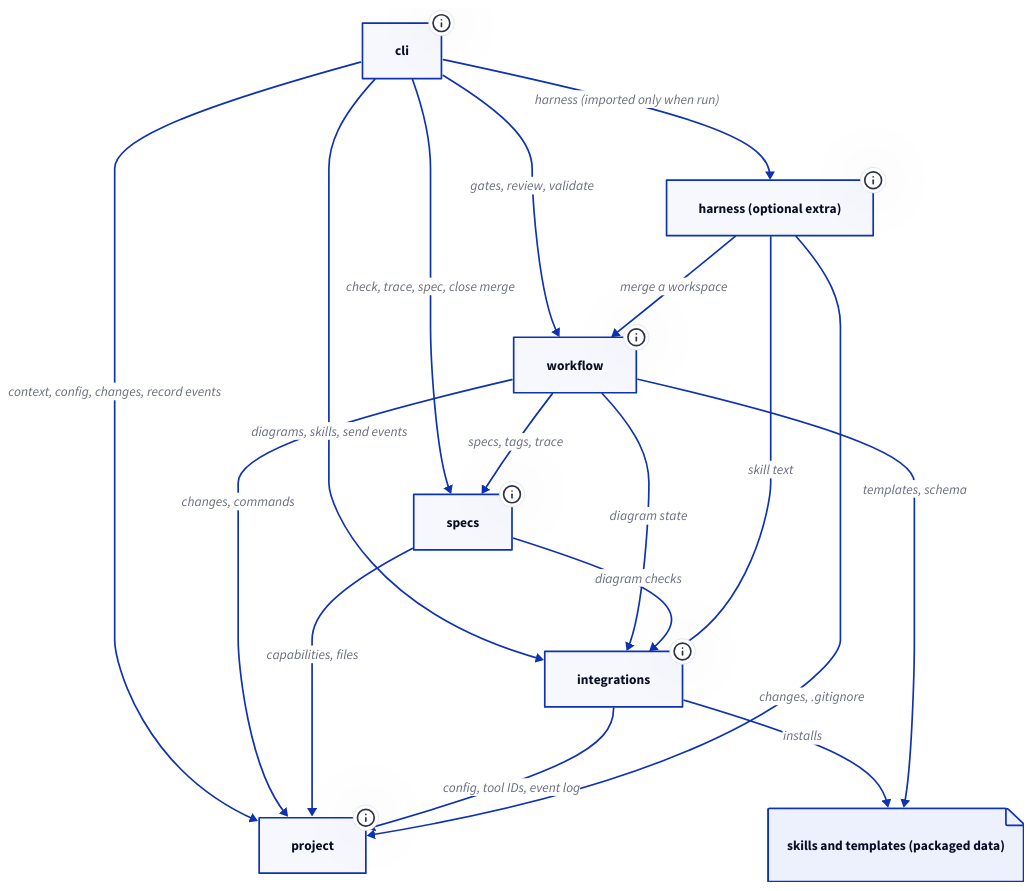
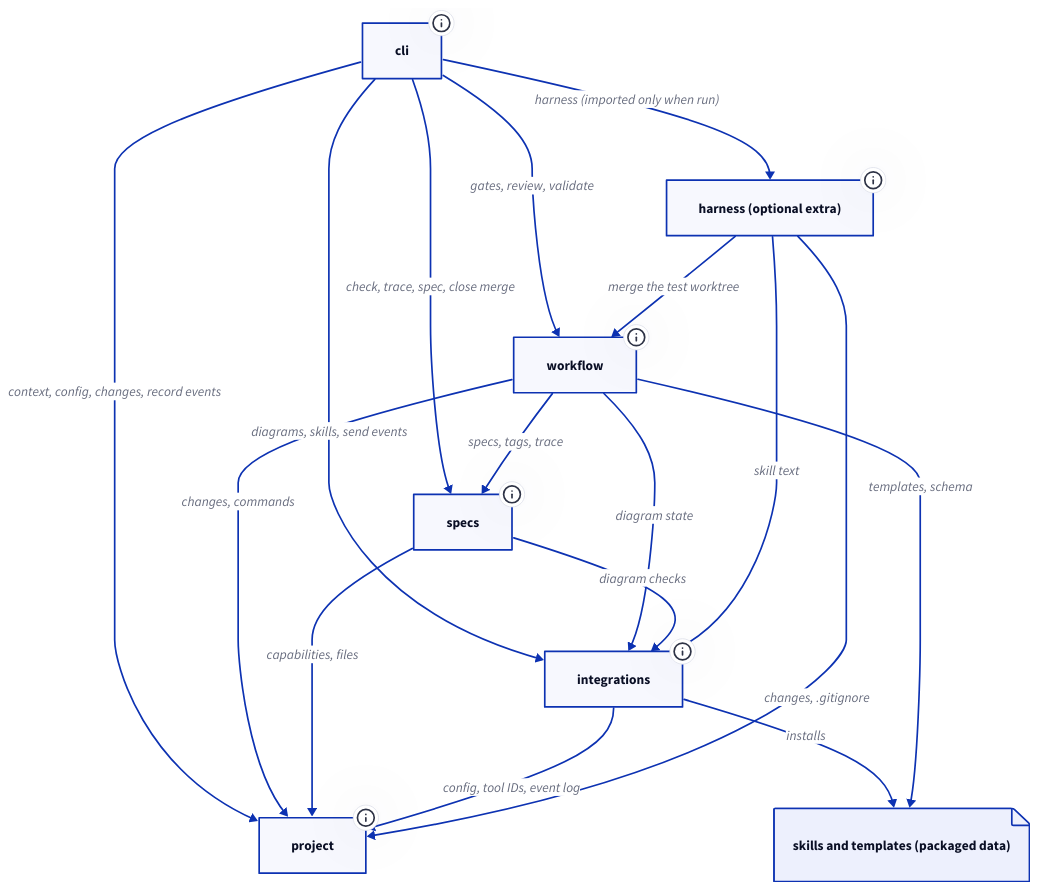
One commit to lcmonteiro/specworks changed the diagram in docs/diagrams/architecture-blocks.d2. Above: the diagram before and after it, drawn with D2. The commit also changed 25 other files, not shown here.

```diff
--- a/docs/diagrams/architecture-blocks.d2
+++ b/docs/diagrams/architecture-blocks.d2
@@ -1,40 +1,40 @@
 direction: down
 
 cli: cli {
   tooltip: "src/specworks/cli: commands, --json output, errors as values"
 }
 workflow: workflow {
   tooltip: "src/specworks/workflow: artifacts, gates, review, cycles, validate"
 }
 specs: specs {
   tooltip: "src/specworks/specs: spec files, checks, tasks, trace, merge at close"
 }
 integrations: integrations {
   tooltip: "src/specworks/tools: D2 diagrams, installing skills, Langfuse"
 }
 project: project {
   tooltip: "src/specworks/core: config, workspace, changes, event log, runner, git"
 }
 harness: harness (optional extra) {
   tooltip: "src/specworks/harness: the flow as a chatinho chat, one Deep Agent peer per skill"
 }
 skills: skills and templates (packaged data) {
   shape: page
 }
 
 cli -> workflow: gates, review, validate
 cli -> specs: check, trace, spec, close merge
 cli -> integrations: diagrams, skills, send events
 cli -> project: context, config, changes, record events
 workflow -> specs: specs, tags, trace
 workflow -> project: changes, commands
 workflow -> integrations: diagram state
 specs -> project: capabilities, files
 specs -> integrations: diagram checks
 integrations -> project: config, tool IDs, event log
 integrations -> skills: installs
 workflow -> skills: templates, schema
 cli -> harness: "harness (imported only when run)"
-harness -> workflow: merge a workspace
+harness -> workflow: merge the test worktree
 harness -> integrations: skill text
 harness -> project: changes, .gitignore
```
